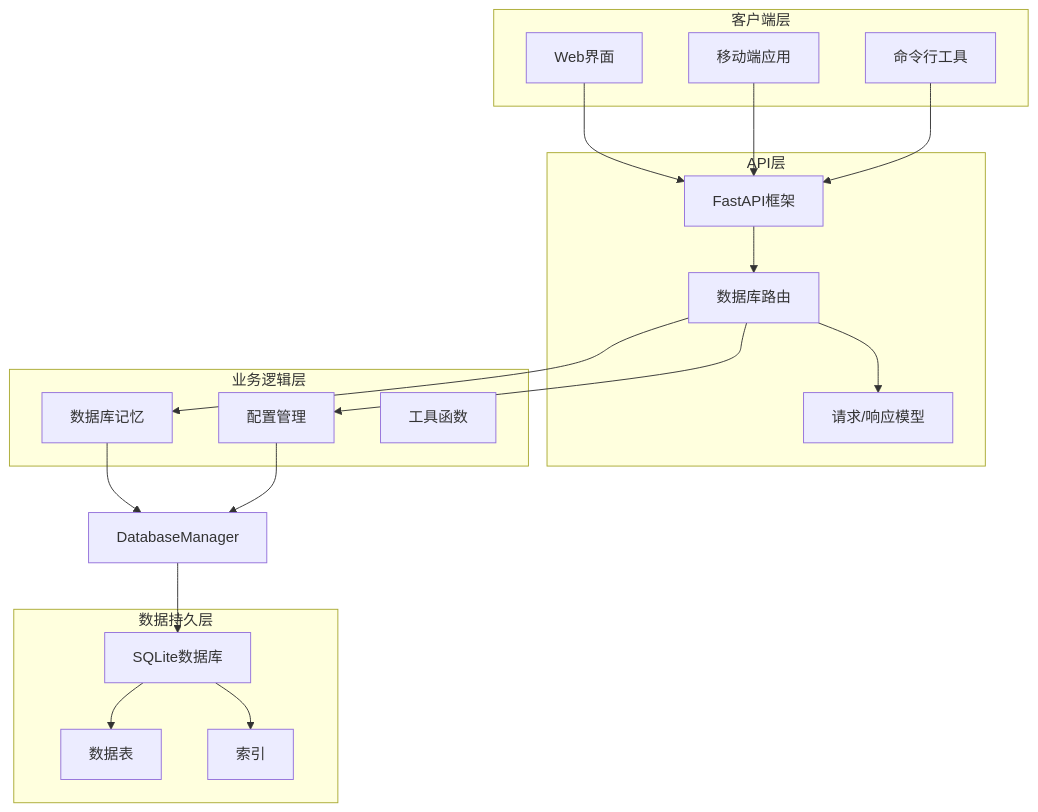
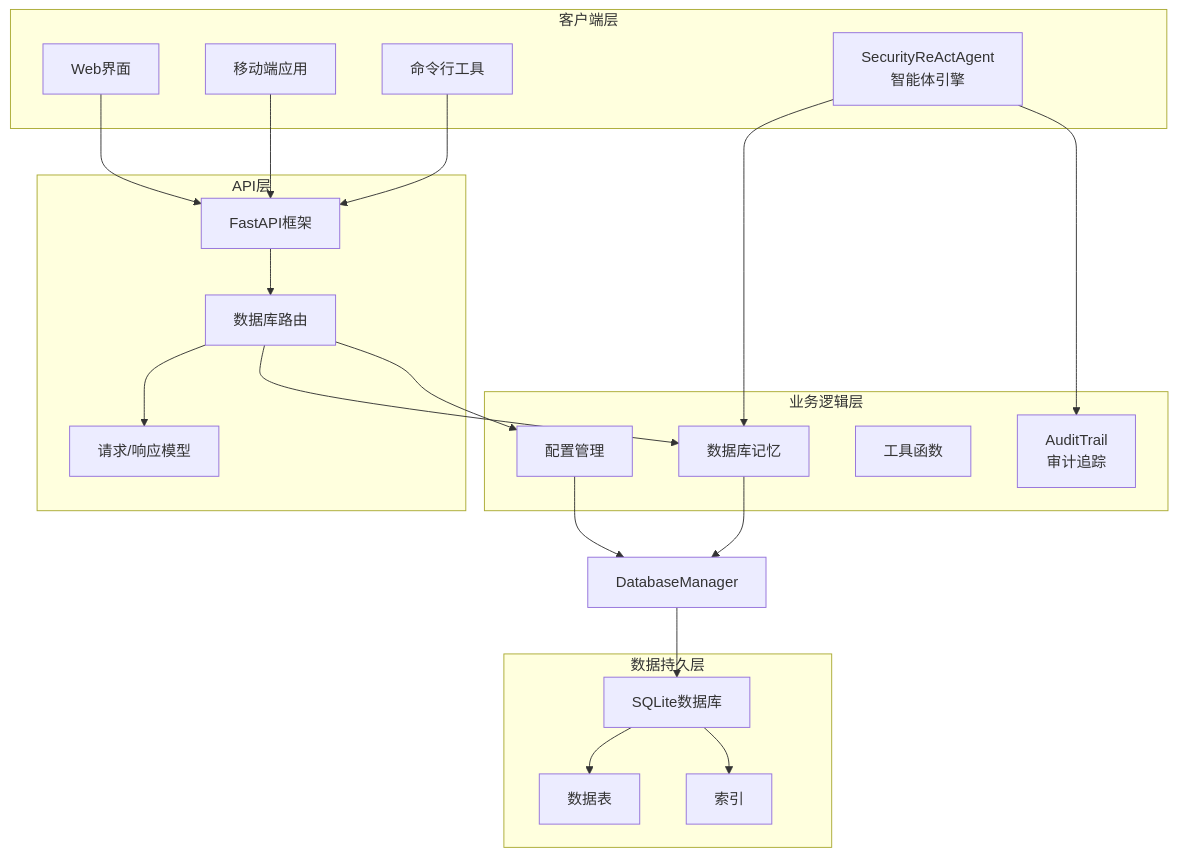
One commit to iammm0/secbot changed the third of 9 diagrams in .qoder/repowiki/zh/content/Database Models.md. Above: the diagram before and after it, drawn with Mermaid. The commit also changed other lines of this file and 10 other files, not shown here.

````diff
--- a/.qoder/repowiki/zh/content/Database Models.md
+++ b/.qoder/repowiki/zh/content/Database Models.md
@@ -170,35 +188,39 @@
 ```mermaid
 graph TD
 subgraph "客户端层"
 Web[Web界面]
 Mobile[移动端应用]
 CLI[命令行工具]
+SecurityReAct[SecurityReActAgent<br/>智能体引擎]
 end
 subgraph "API层"
 FastAPI[FastAPI框架]
 Routes[数据库路由]
 Schemas[请求/响应模型]
 end
 subgraph "业务逻辑层"
 Memory[数据库记忆]
 Config[配置管理]
 Utils[工具函数]
+Audit[AuditTrail<br/>审计追踪]
 end
 subgraph "数据持久层"
 SQLite[SQLite数据库]
 Tables[数据表]
 Indexes[索引]
 end
 Web --> FastAPI
 Mobile --> FastAPI
 CLI --> FastAPI
+SecurityReAct --> Memory
+SecurityReAct --> Audit
 FastAPI --> Routes
 Routes --> Schemas
 Routes --> Memory
 Routes --> Config
 Memory --> DatabaseManager
 Config --> DatabaseManager
 DatabaseManager --> SQLite
 SQLite --> Tables
 SQLite --> Indexes
 ```
````
